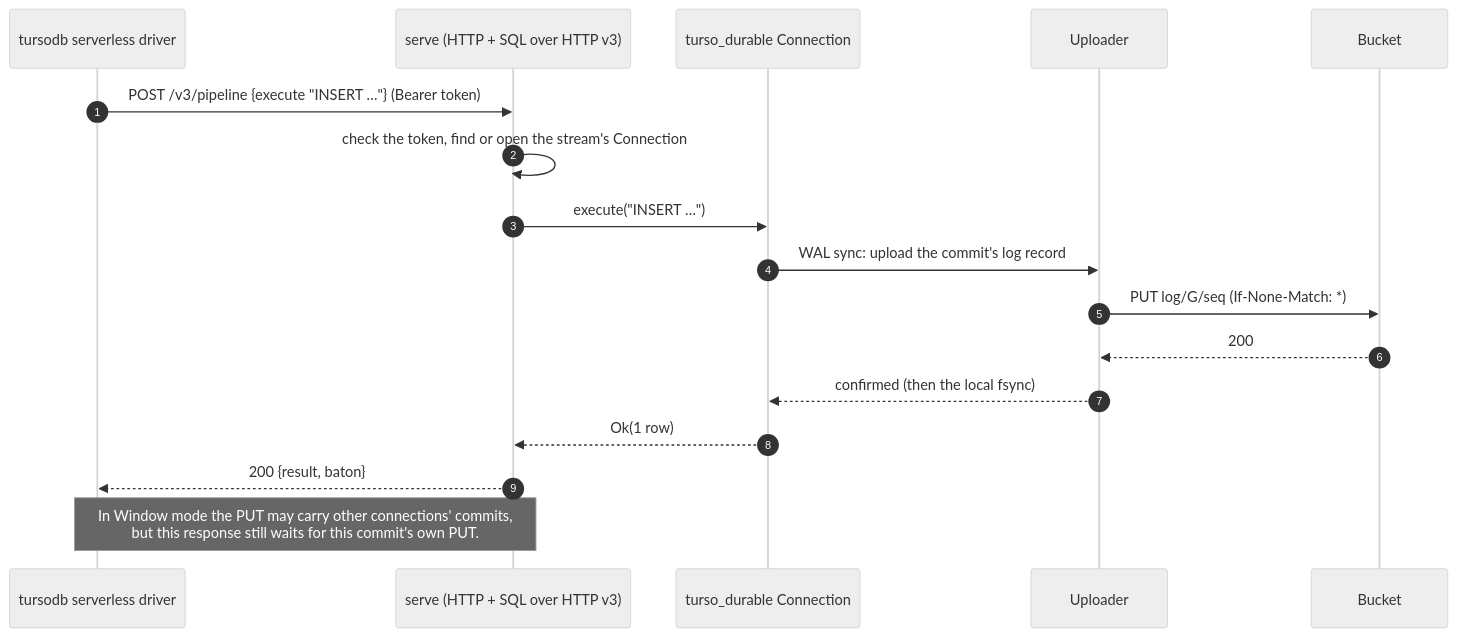
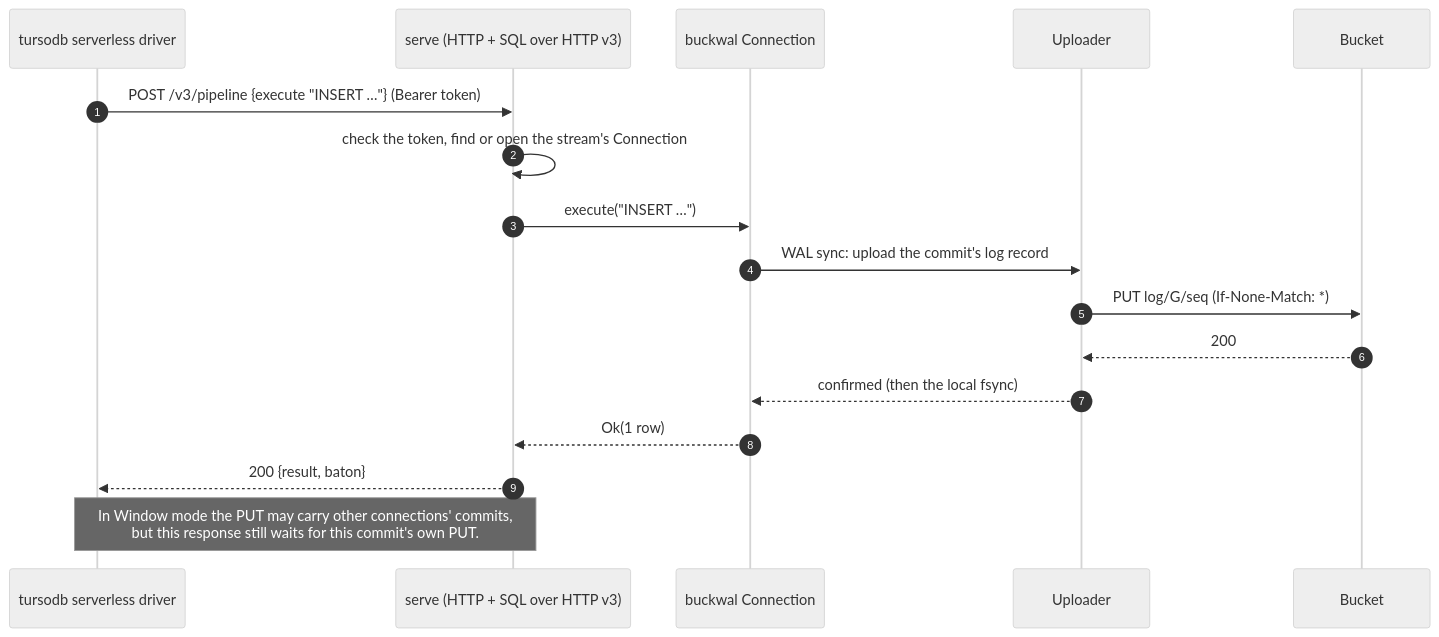
Before and after one commit to kahgeh/buckwal: the second of 3 diagrams in README.md, drawn with Mermaid (neutral theme). The commit also changed other lines of this file and 7 other files, not shown here.

````diff
--- a/README.md
+++ b/README.md
@@ -576,19 +580,19 @@
 ```mermaid
 sequenceDiagram
   autonumber
   participant C as tursodb serverless driver
   participant S as serve (HTTP + SQL over HTTP v3)
-  participant Conn as turso_durable Connection
+  participant Conn as buckwal Connection
   participant Up as Uploader
   participant B as Bucket
   C->>S: POST /v3/pipeline {execute "INSERT …"} (Bearer token)
   S->>S: check the token, find or open the stream's Connection
   S->>Conn: execute("INSERT …")
   Conn->>Up: WAL sync: upload the commit's log record
   Up->>B: PUT log/G/seq (If-None-Match: *)
   B-->>Up: 200
   Up-->>Conn: confirmed (then the local fsync)
   Conn-->>S: Ok(1 row)
   S-->>C: 200 {result, baton}
   Note over C,S: In Window mode the PUT may carry other connections' commits,<br/>but this response still waits for this commit's own PUT.
 ```
````
